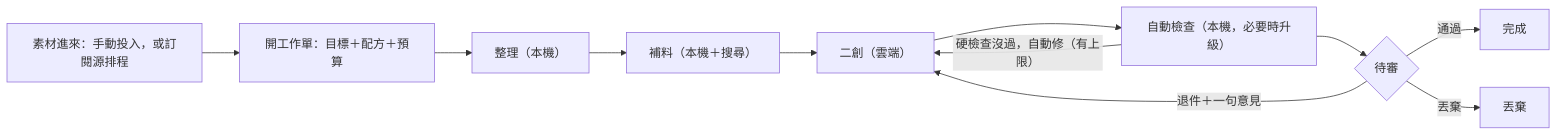
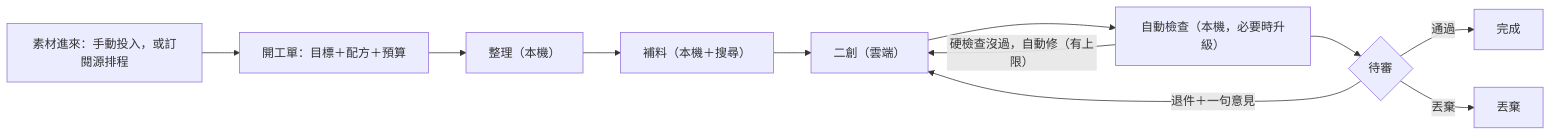
The diagram in docs/10-truth/requirements/prd.md (Zenobia000/evidence-forge), drawn with Mermaid before and after one commit. The commit also changed other lines of this file and 25 other files, not shown here.

````diff
--- a/docs/10-truth/requirements/prd.md
+++ b/docs/10-truth/requirements/prd.md
@@ -17,13 +17,13 @@
 ```mermaid
 flowchart LR
-    A["素材進來：手動投入，或訂閱源排程"] --> B["開工作單：目標＋配方＋預算"]
+    A["素材進來：手動投入，或訂閱源排程"] --> B["開工單：目標＋配方＋預算"]
     B --> C["整理（本機）"]
     C --> D["補料（本機＋搜尋）"]
     D --> E["二創（雲端）"]
     E --> F["自動檢查（本機，必要時升級）"]
     F -- "硬檢查沒過，自動修（有上限）" --> E
     F --> G{"待審"}
     G -- "通過" --> H["完成"]
     G -- "退件＋一句意見" --> E
     G -- "丟棄" --> X["丟棄"]
 ```
````
